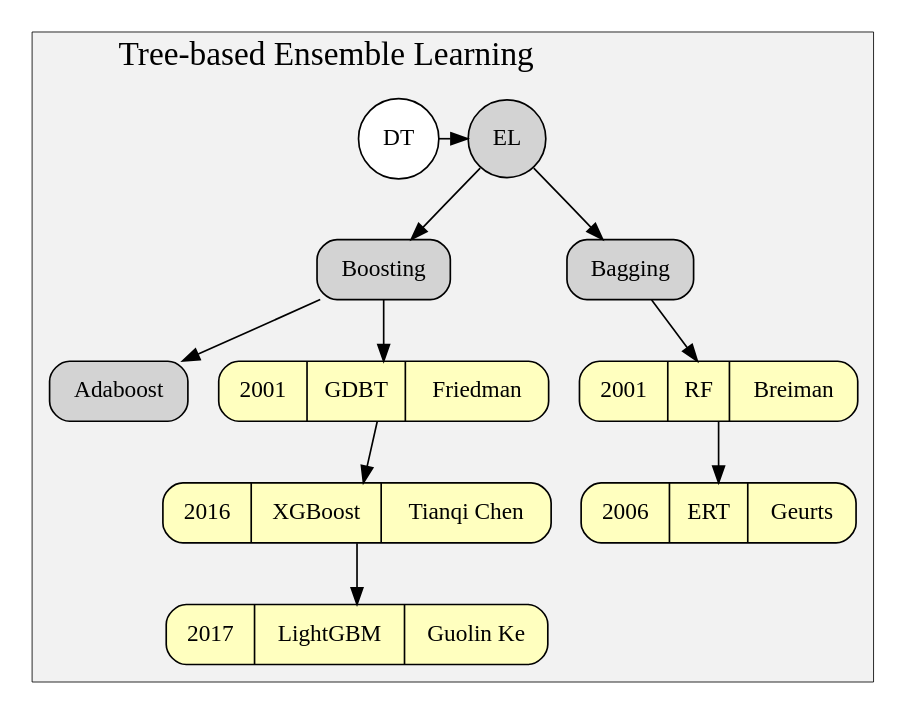
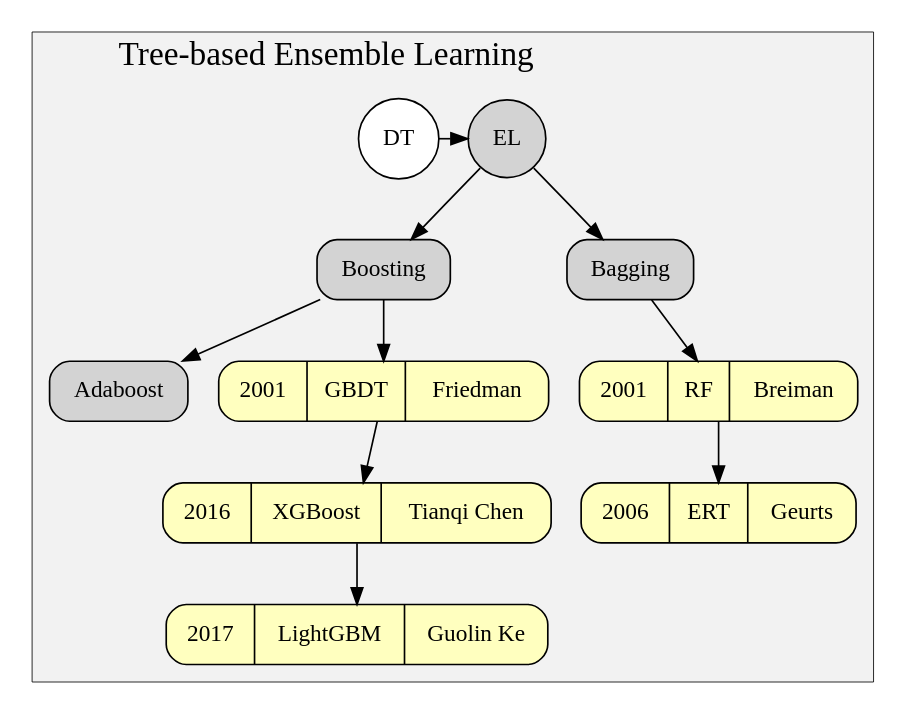
One commit to Holdlen2DH/holdlen2dh.github.io changed the diagram in blog/tree_based_classifiers/tc-el.dot. Above: the diagram before and after it, drawn with Graphviz. The commit also changed 6 other files, not shown here.

```diff
--- a/blog/tree_based_classifiers/tc-el.dot
+++ b/blog/tree_based_classifiers/tc-el.dot
@@ -1,50 +1,50 @@
 digraph {
     compound=true
 	fontname="Inconsolata, Consolas"
 	fontsize=20
 	margin="0,0"
 	ranksep=0.5
 	penwidth=0.5
 	forcelabels=true
  
     subgraph cluster_el{
         margin="10,10"
 		labeljust="left"
 		label = "Tree-based Ensemble Learning"
 		style=filled
 		fillcolor=gray95
 
 		node [shape=Mrecord, style=filled, colorscheme=spectral7]
 
         el [shape = circle, label = "EL"]
         bst [label = "Boosting"]
         bag [label = "Bagging"]
 
         ada_bst [label = "Adaboost"]
 
         rf [label = "2001|RF|Breiman", fillcolor=4]
         ert [label = "2006|ERT|Geurts", fillcolor=4]
 
-        gbdt [label = "2001|GDBT|Friedman", fillcolor=4]
+        gbdt [label = "2001|GBDT|Friedman", fillcolor=4]
         xgb [label = "2016|XGBoost|Tianqi Chen", fillcolor=4]
         lightgbm  [label = "2017|LightGBM|Guolin Ke",fillcolor=4]
         
         dt [shape = circle, label = "DT", style = filled, fillcolor = white]
         dt -> el
         {rank = same; dt; el}
        
         el -> bst
         el -> bag
 
         bst -> ada_bst
         bst -> gbdt
         
         gbdt -> xgb -> lightgbm
         
         bag -> rf -> ert
 
         
     }
 
 
 }
```
